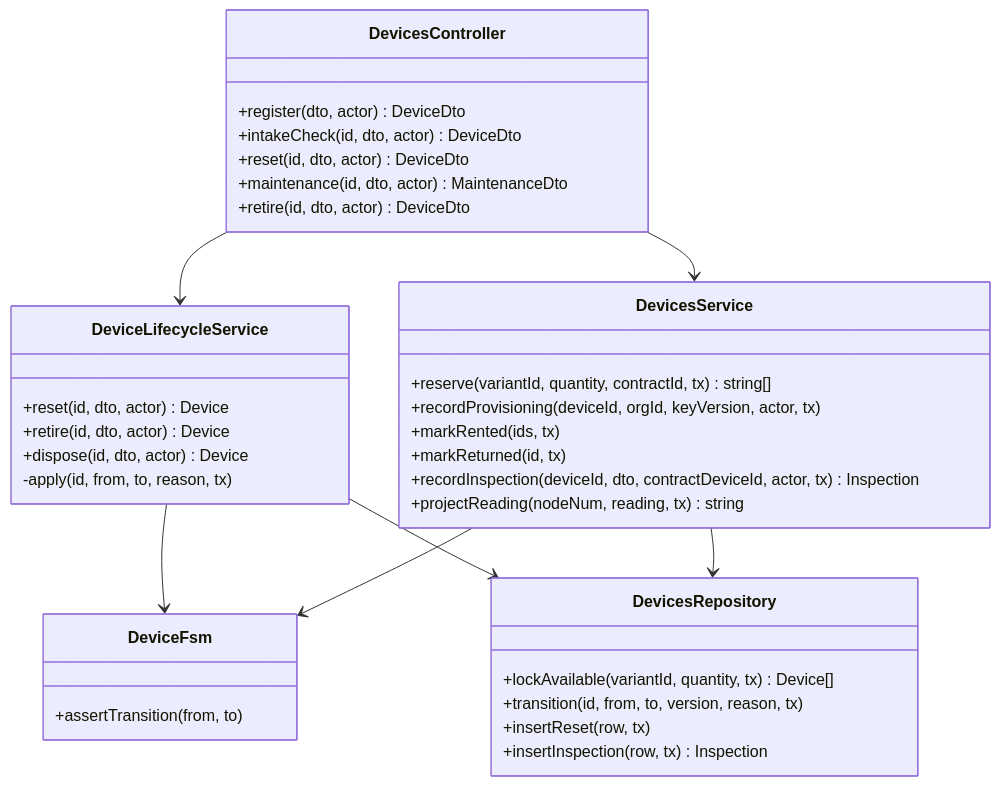
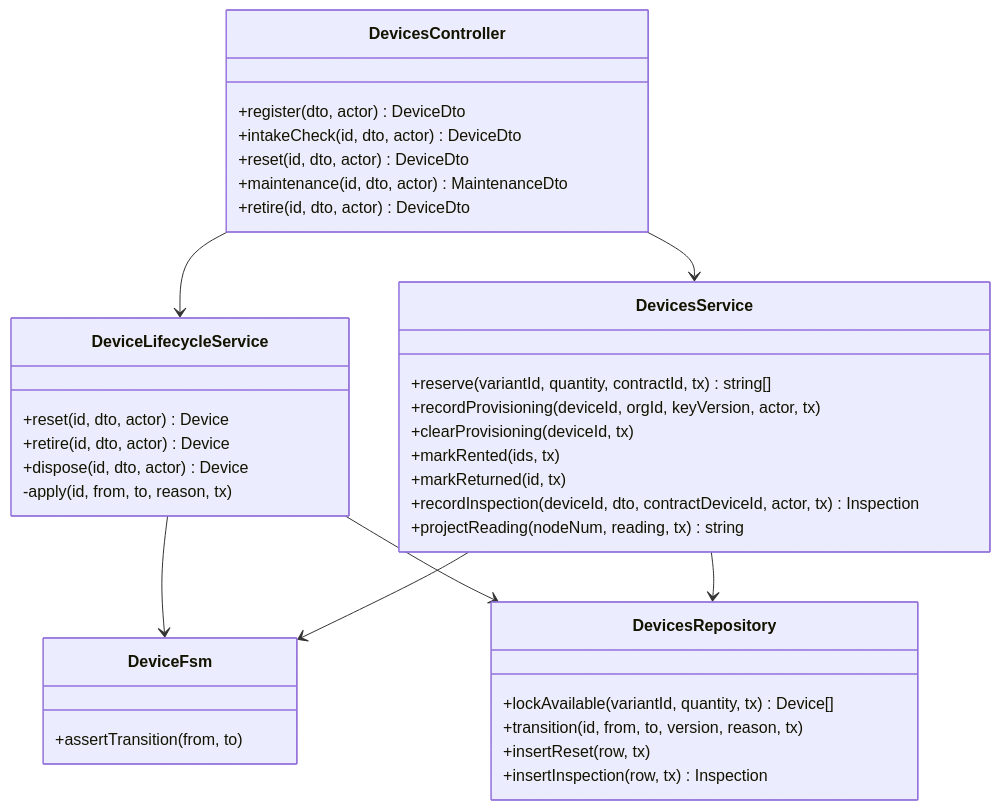
One commit to TrekLink-Team/treklink-web changed the sixth of 18 diagrams in specs/devices/design.md. Above: the diagram before and after it, drawn with Mermaid. The commit also changed other lines of this file and 10 other files, not shown here.

````diff
--- a/specs/devices/design.md
+++ b/specs/devices/design.md
@@ -258,39 +259,40 @@
 ```mermaid
 classDiagram
     class DevicesController {
         +register(dto, actor) DeviceDto
         +intakeCheck(id, dto, actor) DeviceDto
         +reset(id, dto, actor) DeviceDto
         +maintenance(id, dto, actor) MaintenanceDto
         +retire(id, dto, actor) DeviceDto
     }
     class DevicesService {
         +reserve(variantId, quantity, contractId, tx) string[]
         +recordProvisioning(deviceId, orgId, keyVersion, actor, tx)
+        +clearProvisioning(deviceId, tx)
         +markRented(ids, tx)
         +markReturned(id, tx)
         +recordInspection(deviceId, dto, contractDeviceId, actor, tx) Inspection
         +projectReading(nodeNum, reading, tx) string
     }
     class DeviceLifecycleService {
         +reset(id, dto, actor) Device
         +retire(id, dto, actor) Device
         +dispose(id, dto, actor) Device
         -apply(id, from, to, reason, tx)
     }
     class DeviceFsm {
         +assertTransition(from, to)
     }
     class DevicesRepository {
         +lockAvailable(variantId, quantity, tx) Device[]
         +transition(id, from, to, version, reason, tx)
         +insertReset(row, tx)
         +insertInspection(row, tx) Inspection
     }
     DevicesController --> DeviceLifecycleService
     DevicesController --> DevicesService
     DeviceLifecycleService --> DeviceFsm
     DevicesService --> DeviceFsm
     DeviceLifecycleService --> DevicesRepository
     DevicesService --> DevicesRepository
 ```
````
